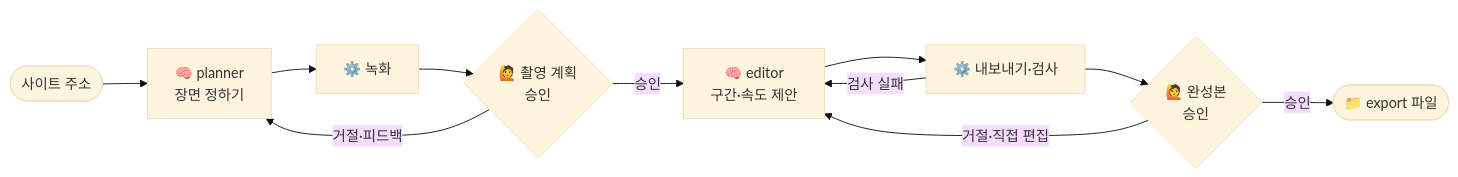
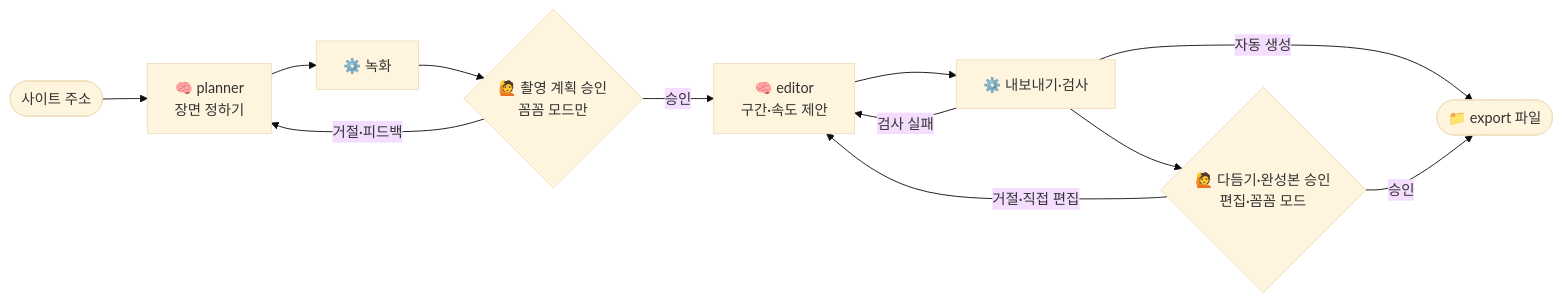
One commit to tadkim/ai-url-to-feed changed the diagram in docs/how-it-works.md. Above: the diagram before and after it, drawn with Mermaid (base theme). The commit also changed other lines of this file and 30 other files, not shown here.

````diff
--- a/docs/how-it-works.md
+++ b/docs/how-it-works.md
@@ -19,13 +19,14 @@
 ```mermaid
 flowchart LR
   A([사이트 주소]) --> B[🧠 planner<br>장면 정하기]
   B --> C[⚙️ 녹화]
-  C --> D{🙋 촬영 계획<br>승인}
+  C --> D{🙋 촬영 계획 승인<br>꼼꼼 모드만}
   D -- 거절·피드백 --> B
   D -- 승인 --> E[🧠 editor<br>구간·속도 제안]
   E --> F[⚙️ 내보내기·검사]
   F -- 검사 실패 --> E
-  F --> G{🙋 완성본<br>승인}
+  F -- 자동 생성 --> H
+  F --> G{🙋 다듬기·완성본 승인<br>편집·꼼꼼 모드}
   G -- 거절·직접 편집 --> E
   G -- 승인 --> H([📁 export 파일])
 ```
````
